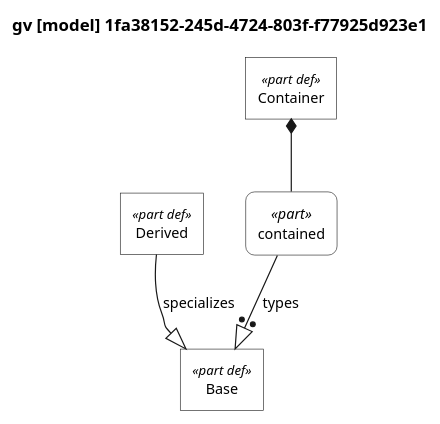
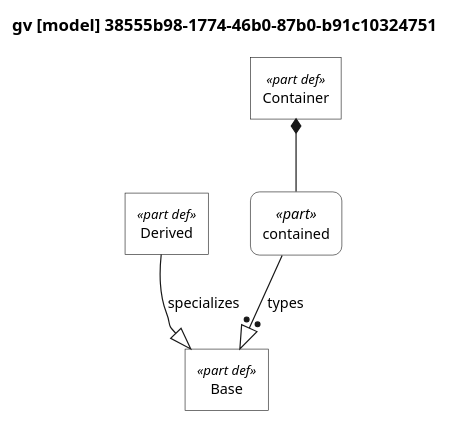
One commit to mycr0ft/sysml2py changed the diagram in docs/plantuml-examples/02-relationships.puml. Above: the diagram before and after it, drawn with PlantUML. The commit also changed 25 other files, not shown here.

```diff
--- a/docs/plantuml-examples/02-relationships.puml
+++ b/docs/plantuml-examples/02-relationships.puml
@@ -1,116 +1,116 @@
 @startuml
 
 skinparam monochrome true
 skinparam wrapWidth 300
 skinparam defaultFontSize 12
 skinparam defaultFontName Helvetica
 
 ' Definitions: sharp corners, plain background
 skinparam rectangle<<part def>> {
     RoundCorner 0
     BackgroundColor white
     StereotypeFontSize 11
 }
 skinparam rectangle<<item def>> {
     RoundCorner 0
     BackgroundColor white
 }
 skinparam rectangle<<attribute def>> {
     RoundCorner 0
     BackgroundColor white
 }
 skinparam rectangle<<port def>> {
     RoundCorner 0
     BackgroundColor white
 }
 skinparam rectangle<<action def>> {
     RoundCorner 0
     BackgroundColor white
 }
 skinparam rectangle<<state def>> {
     RoundCorner 0
     BackgroundColor white
 }
 skinparam rectangle<<requirement def>> {
     RoundCorner 0
     BackgroundColor white
 }
 skinparam rectangle<<view def>> {
     RoundCorner 0
     BackgroundColor white
 }
 skinparam rectangle<<viewpoint def>> {
     RoundCorner 0
     BackgroundColor white
 }
 skinparam rectangle<<enumeration def>> {
     RoundCorner 0
     BackgroundColor white
 }
 
 ' Usages: rounded corners, plain background
 skinparam rectangle<<part>> {
     RoundCorner 15
     BackgroundColor white
 }
 skinparam rectangle<<item>> {
     RoundCorner 15
     BackgroundColor white
 }
 skinparam rectangle<<attribute>> {
     RoundCorner 15
     BackgroundColor white
 }
 skinparam rectangle<<port>> {
     RoundCorner 15
     BackgroundColor white
 }
 skinparam rectangle<<action>> {
     RoundCorner 15
     BackgroundColor white
 }
 skinparam rectangle<<state>> {
     RoundCorner 15
     BackgroundColor white
 }
 skinparam rectangle<<requirement>> {
     RoundCorner 15
     BackgroundColor white
 }
 skinparam rectangle<<view>> {
     RoundCorner 15
     BackgroundColor white
 }
 skinparam rectangle<<viewpoint>> {
     RoundCorner 15
     BackgroundColor white
 }
 skinparam rectangle<<enumeration>> {
     RoundCorner 15
     BackgroundColor white
 }
 
 ' Views as folders
 skinparam folder<<view def>> {
     BackgroundColor white
 }
 skinparam folder<<view>> {
     BackgroundColor white
 }
 
 top to bottom direction
 
-title gv [model] 1fa38152-245d-4724-803f-f77925d923e1
+title gv [model] 38555b98-1774-46b0-87b0-b91c10324751
 
 hide circle
 
 rectangle "Base" as E1 <<part def>>
 rectangle "Derived" as E2 <<part def>>
 rectangle "Container" as E3 <<part def>>
 rectangle "contained" as E4 <<part>>
 
 E2 --|> E1 : specializes
 E3 *-- E4
 E4 --:|> E1 : types
 
 @enduml
```
